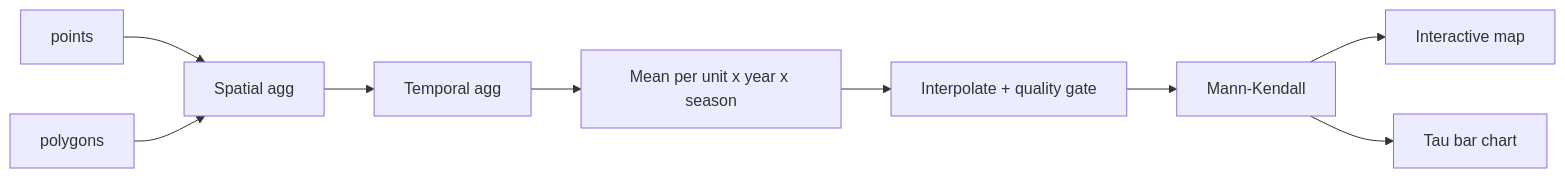
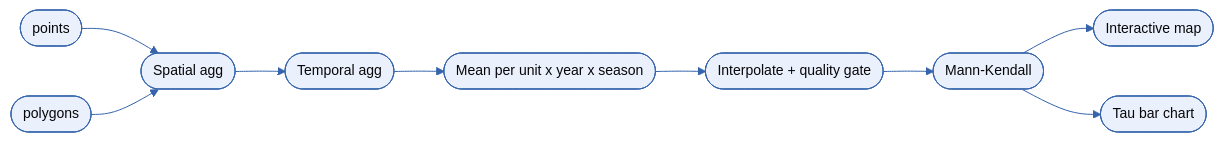
Before and after one commit to Mehrad1994/AquaINFRA_Training_Handbooks: the diagram in docs/trainings/gulf-of-riga/08_workflow_details.md, drawn with Mermaid. The commit also changed other lines of this file and 9 other files, not shown here.

First line of the commit message:
Workflow diagram headings/styling, fix reference nav, justify text, refine intro box

````diff
--- a/docs/trainings/gulf-of-riga/08_workflow_details.md
+++ b/docs/trainings/gulf-of-riga/08_workflow_details.md
@@ -18,11 +20,12 @@
 ```mermaid
+%%{init: {'theme':'base','themeVariables':{'primaryColor':'#eaf1fc','primaryBorderColor':'#3564ac','primaryTextColor':'#070608','lineColor':'#3564ac','fontFamily':'Inter, system-ui, sans-serif','fontSize':'14px'}}}%%
 flowchart LR
-    A[points] --> B[Spatial agg]
-    A2[polygons] --> B
-    B --> C[Temporal agg]
-    C --> D[Mean per unit x year x season]
-    D --> E[Interpolate + quality gate]
-    E --> F[Mann-Kendall]
-    F --> G1[Interactive map]
-    F --> G2[Tau bar chart]
+    A([points]) --> B([Spatial agg])
+    A2([polygons]) --> B
+    B --> C([Temporal agg])
+    C --> D([Mean per unit x year x season])
+    D --> E([Interpolate + quality gate])
+    E --> F([Mann-Kendall])
+    F --> G1([Interactive map])
+    F --> G2([Tau bar chart])
 ```
````
